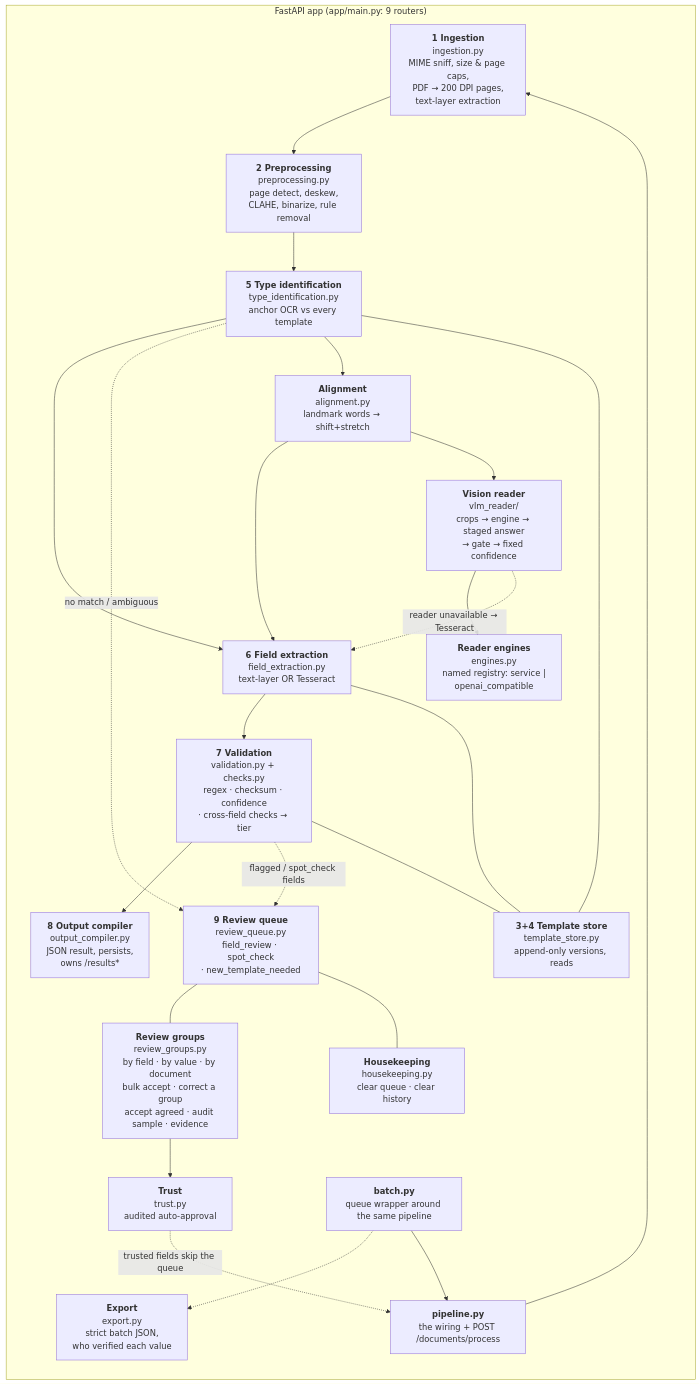
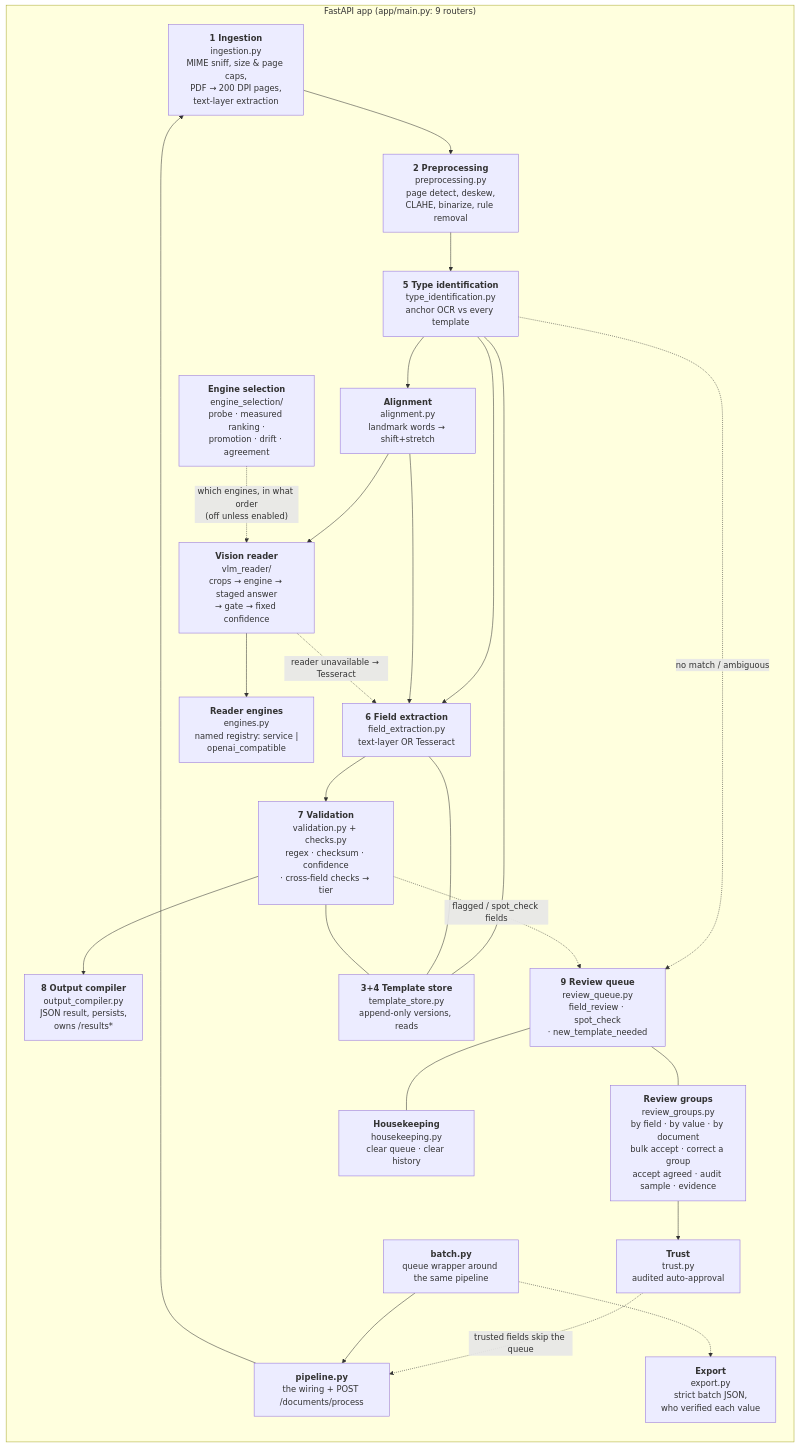
One commit to Megh-1/OCR_Reader changed the third of 26 diagrams in architecture.md. Above: the diagram before and after it, drawn with Mermaid. The commit also changed other lines of this file and 1 other file, not shown here.

First line of the commit message:
Document the engine selector: per-template chains, scorecards, promotion, drift, cold start and the new tables

````diff
--- a/architecture.md
+++ b/architecture.md
@@ -124,40 +124,42 @@
 ```mermaid
 flowchart LR
     subgraph API["FastAPI app  (app/main.py: 9 routers)"]
         M1["<b>1 Ingestion</b><br/>ingestion.py<br/>MIME sniff, size & page caps,<br/>PDF → 200 DPI pages,<br/>text-layer extraction"]
         M2["<b>2 Preprocessing</b><br/>preprocessing.py<br/>page detect, deskew,<br/>CLAHE, binarize, rule removal"]
         M5["<b>5 Type identification</b><br/>type_identification.py<br/>anchor OCR vs every template"]
         AL["<b>Alignment</b><br/>alignment.py<br/>landmark words → shift+stretch"]
         M6["<b>6 Field extraction</b><br/>field_extraction.py<br/>text-layer OR Tesseract"]
         VR["<b>Vision reader</b><br/>vlm_reader/<br/>crops → engine → staged answer<br/>→ gate → fixed confidence"]
         EN["<b>Reader engines</b><br/>engines.py<br/>named registry: service |<br/>openai_compatible"]
+        ES["<b>Engine selection</b><br/>engine_selection/<br/>probe · measured ranking ·<br/>promotion · drift · agreement"]
         M7["<b>7 Validation</b><br/>validation.py + checks.py<br/>regex · checksum · confidence<br/>· cross-field checks → tier"]
         M8["<b>8 Output compiler</b><br/>output_compiler.py<br/>JSON result, persists,<br/>owns /results*"]
         M9["<b>9 Review queue</b><br/>review_queue.py<br/>field_review · spot_check<br/>· new_template_needed"]
         RG["<b>Review groups</b><br/>review_groups.py<br/>by field · by value · by document<br/>bulk accept · correct a group<br/>accept agreed · audit sample · evidence"]
         TR["<b>Trust</b><br/>trust.py<br/>audited auto-approval"]
         EX["<b>Export</b><br/>export.py<br/>strict batch JSON,<br/>who verified each value"]
         HK["<b>Housekeeping</b><br/>housekeeping.py<br/>clear queue · clear history"]
         M34["<b>3+4 Template store</b><br/>template_store.py<br/>append-only versions, reads"]
         PIPE["<b>pipeline.py</b><br/>the wiring + POST /documents/process"]
         BATCH["<b>batch.py</b><br/>queue wrapper around the same pipeline"]
     end
 
     PIPE --> M1 --> M2 --> M5 --> M6 --> M7 --> M8
     M5 -. "no match / ambiguous" .-> M9
     M7 -. "flagged / spot_check fields" .-> M9
     M9 --- RG
     RG --> TR
     TR -. "trusted fields skip the queue" .-> PIPE
     M5 --> AL
     AL --> M6
     AL --> VR
     VR --> EN
+    ES -. "which engines, in what order<br/>(off unless enabled)" .-> VR
     VR -. "reader unavailable → Tesseract" .-> M6
     BATCH -.-> EX
     M9 --- HK
     M5 --- M34
     M6 --- M34
     M7 --- M34
     BATCH --> PIPE
 ```
````
